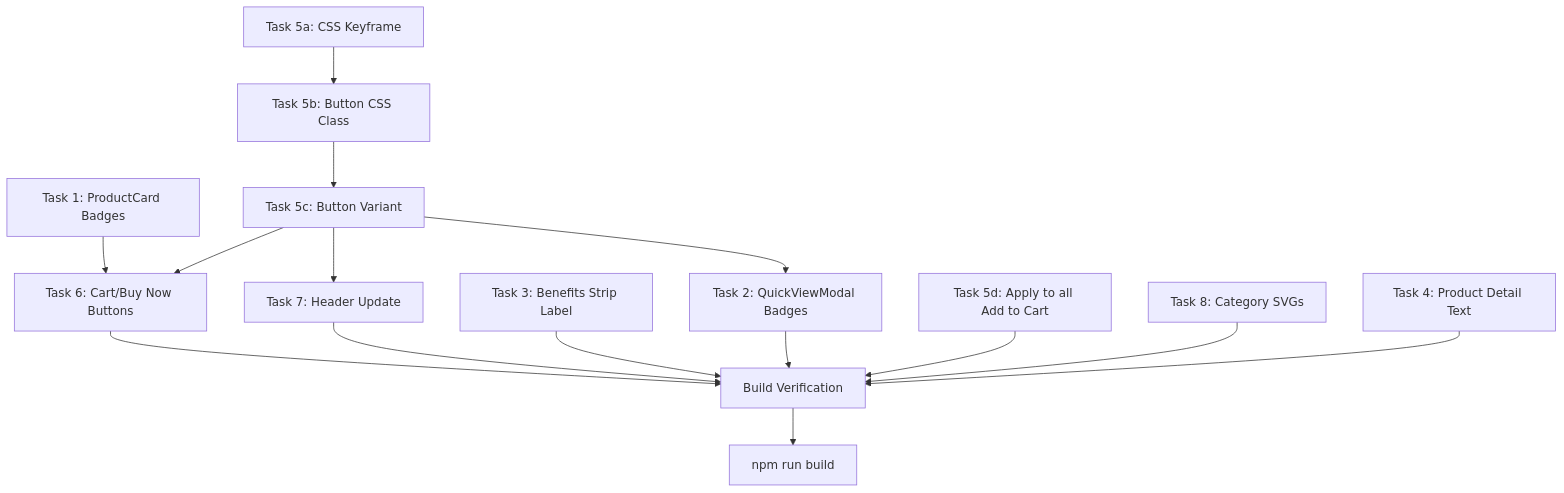
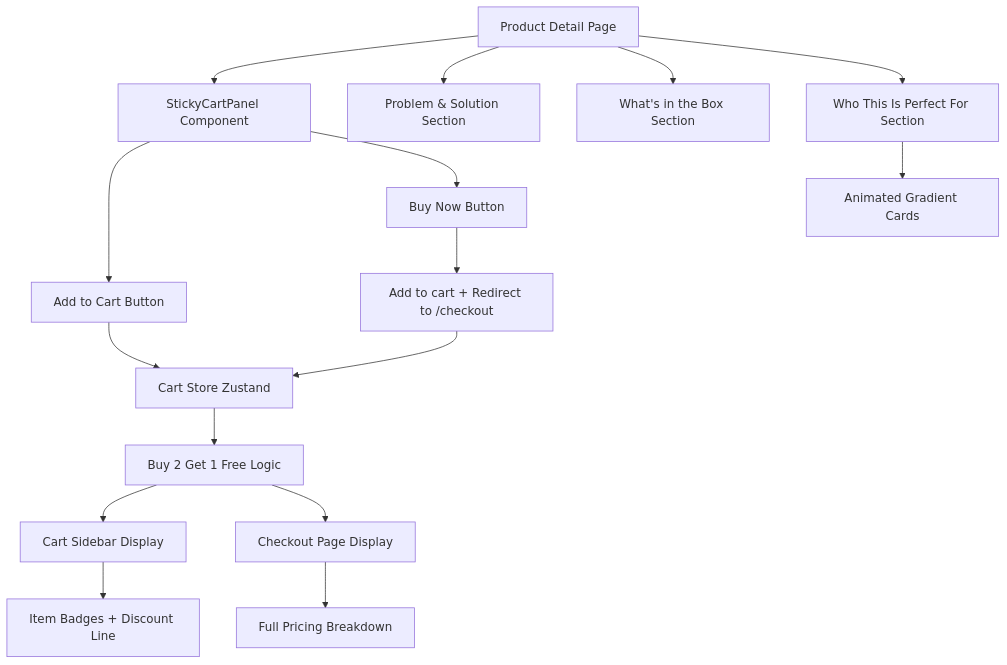
One commit to ergoaurashop/ergoaurashop changed the diagram in plans/v2-updates-plan.md. Above: the diagram before and after it, drawn with Mermaid. The commit also changed other lines of this file and 6 other files, not shown here.

Commit message:
feat: v2 product page updates - sticky cart panel, B2G1 discounts, animated gradients, redesigned sections

````diff
--- a/plans/v2-updates-plan.md
+++ b/plans/v2-updates-plan.md
@@ -275,17 +245,23 @@
 ```mermaid
 flowchart TD
-    A[Task 1: ProductCard Badges] --> D[Task 6: Cart/Buy Now Buttons]
-    B[Task 2: QuickViewModal Badges] --> F[Build Verification]
-    C[Task 3: Benefits Strip Label] --> F
-    E1[Task 5a: CSS Keyframe] --> E2[Task 5b: Button CSS Class]
-    E2 --> E3[Task 5c: Button Variant]
-    E3 --> D
-    E3 --> G[Task 7: Header Update]
-    E3 --> B
-    E4[Task 5d: Apply to all Add to Cart] --> F
-    H[Task 8: Category SVGs] --> F
-    I[Task 4: Product Detail Text] --> F
-    D --> F
-    G --> F
-    F --> J[npm run build]
+    A[Product Detail Page] --> B[StickyCartPanel Component]
+    B --> C[Add to Cart Button]
+    B --> D[Buy Now Button]
+    D --> E[Add to cart + Redirect to /checkout]
+
+    A --> F[Problem & Solution Section]
+    A --> G[What's in the Box Section]
+    A --> H[Who This Is Perfect For Section]
+
+    H --> I[Animated Gradient Cards]
+
+    C --> J[Cart Store Zustand]
+    E --> J
+
+    J --> K[Buy 2 Get 1 Free Logic]
+    K --> L[Cart Sidebar Display]
+    K --> M[Checkout Page Display]
+
+    L --> N[Item Badges + Discount Line]
+    M --> O[Full Pricing Breakdown]
 ```
````
